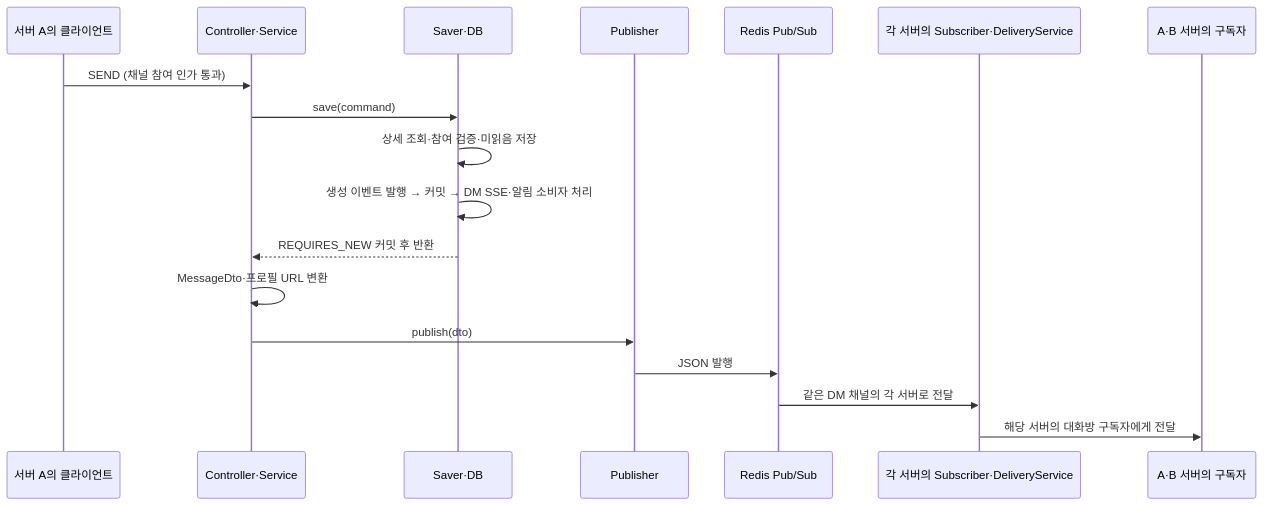
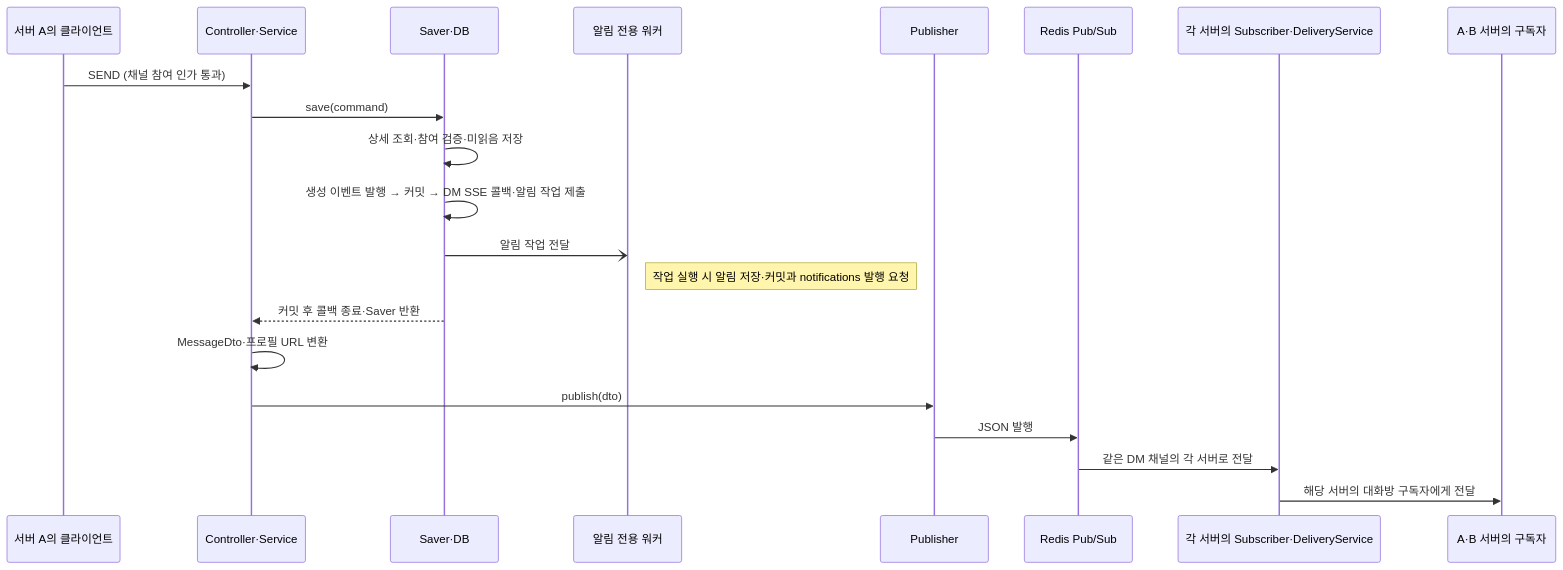
Before and after one commit to codeit-backend13-part4-team1/playlist_for_everyone: the diagram in docs/conversation/11-websocket-flow.md, drawn with Mermaid. The commit also changed other lines of this file and 12 other files, not shown here.

````diff
--- a/docs/conversation/11-websocket-flow.md
+++ b/docs/conversation/11-websocket-flow.md
@@ -21,20 +21,23 @@
 ```mermaid
 sequenceDiagram
     participant A as 서버 A의 클라이언트
     participant C as Controller·Service
     participant S as Saver·DB
+    participant W as 알림 전용 워커
     participant P as Publisher
     participant R as Redis Pub/Sub
     participant L as 각 서버의 Subscriber·DeliveryService
     participant B as A·B 서버의 구독자
     A->>C: SEND (채널 참여 인가 통과)
     C->>S: save(command)
     S->>S: 상세 조회·참여 검증·미읽음 저장
-    S->>S: 생성 이벤트 발행 → 커밋 → DM SSE·알림 소비자 처리
-    S-->>C: REQUIRES_NEW 커밋 후 반환
+    S->>S: 생성 이벤트 발행 → 커밋 → DM SSE 콜백·알림 작업 제출
+    S-)W: 알림 작업 전달
+    Note right of W: 작업 실행 시 알림 저장·커밋과 notifications 발행 요청
+    S-->>C: 커밋 후 콜백 종료·Saver 반환
     C->>C: MessageDto·프로필 URL 변환
     C->>P: publish(dto)
     P->>R: JSON 발행
     R->>L: 같은 DM 채널의 각 서버로 전달
     L->>B: 해당 서버의 대화방 구독자에게 전달
 ```
````
